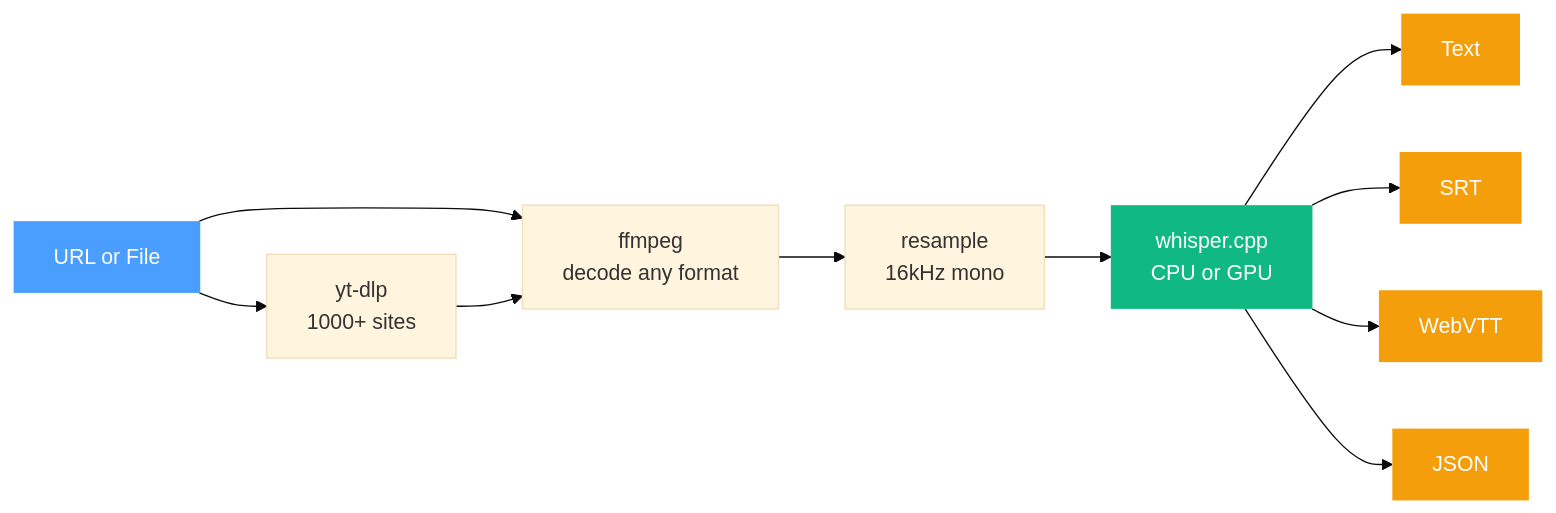
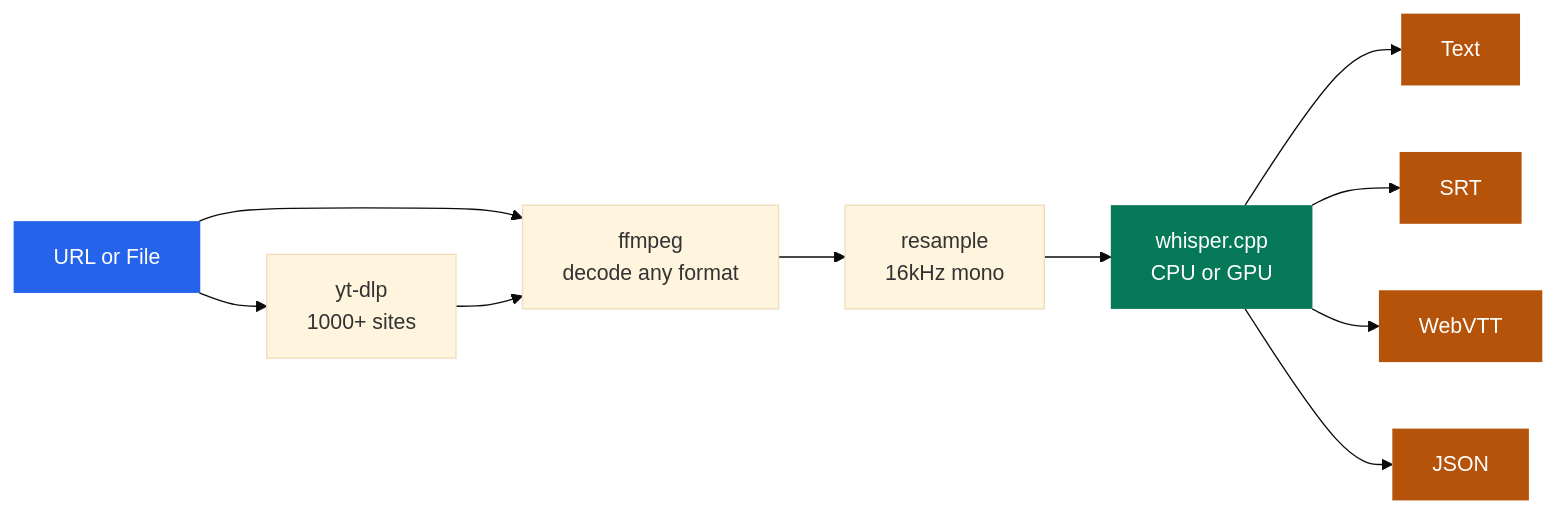
Before and after one commit to claymore666/transcriber: the diagram in README.md, drawn with Mermaid (base theme).

Commit message:
Fix diagram colors for readability

````diff
--- a/README.md
+++ b/README.md
@@ -18,27 +18,27 @@
 ```mermaid
 graph LR
     A["URL or File"] --> B["yt-dlp
     1000+ sites"]
     A --> C
 
     B --> C["ffmpeg
     decode any format"]
 
     C --> D["resample
     16kHz mono"]
 
     D --> E["whisper.cpp
     CPU or GPU"]
 
     E --> F["Text"]
     E --> G["SRT"]
     E --> H["WebVTT"]
     E --> I["JSON"]
 
-    style A fill:#4a9eff,color:#fff,stroke:none
-    style E fill:#10b981,color:#fff,stroke:none
-    style F fill:#f59e0b,color:#fff,stroke:none
-    style G fill:#f59e0b,color:#fff,stroke:none
-    style H fill:#f59e0b,color:#fff,stroke:none
-    style I fill:#f59e0b,color:#fff,stroke:none
+    style A fill:#2563eb,color:#fff,stroke:none
+    style E fill:#047857,color:#fff,stroke:none
+    style F fill:#b45309,color:#fff,stroke:none
+    style G fill:#b45309,color:#fff,stroke:none
+    style H fill:#b45309,color:#fff,stroke:none
+    style I fill:#b45309,color:#fff,stroke:none
 ```
````
